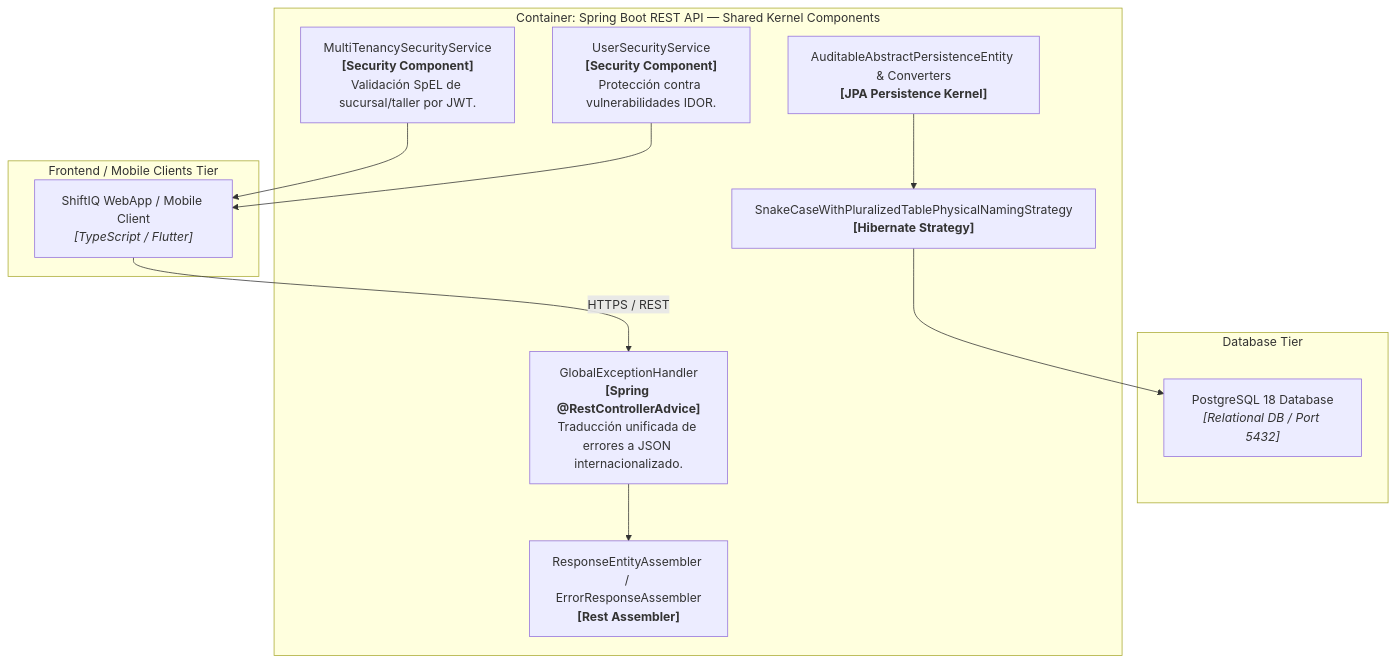
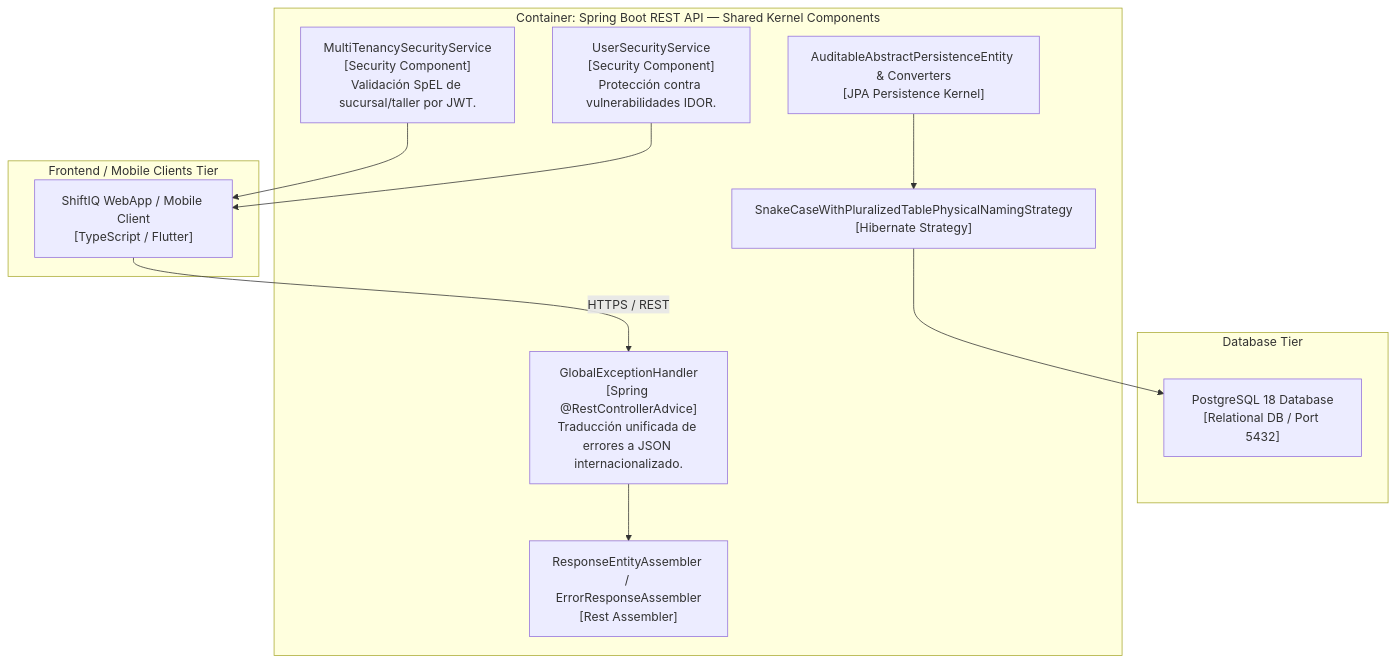
The fifth of 7 diagrams in docs/shared-bounded-context-dictionary.md (tux-logic/upc-pre-202620-1acc0238-13981-TuxLogic-report), drawn with Mermaid before and after one commit. The commit also changed 57 other files, not shown here.

Commit message:
fix(diagrams): fix HTML labels, format bold C4 titles and add gitignore.

````diff
--- a/docs/shared-bounded-context-dictionary.md
+++ b/docs/shared-bounded-context-dictionary.md
@@ -360,26 +360,26 @@
 ```mermaid
 graph TB
     subgraph Client_Tier ["Frontend / Mobile Clients Tier"]
-        ClientApp["ShiftIQ WebApp / Mobile Client<br><i>[TypeScript / Flutter]</i>"]
+        ClientApp["ShiftIQ WebApp / Mobile Client<br>[TypeScript / Flutter]"]
     end
 
     subgraph External_DB ["Database Tier"]
-        PostgreSql["PostgreSQL 18 Database<br><i>[Relational DB / Port 5432]</i>"]
+        PostgreSql["PostgreSQL 18 Database<br>[Relational DB / Port 5432]"]
     end
 
     subgraph Shared_Kernel_Container ["Container: Spring Boot REST API — Shared Kernel Components"]
-        GlobalExHandler["GlobalExceptionHandler<br><b>[Spring @RestControllerAdvice]</b><br>Traducción unificada de errores a JSON internacionalizado."]
-        MultiTenancySec["MultiTenancySecurityService<br><b>[Security Component]</b><br>Validación SpEL de sucursal/taller por JWT."]
-        UserSec["UserSecurityService<br><b>[Security Component]</b><br>Protección contra vulnerabilidades IDOR."]
-        ResAssembler["ResponseEntityAssembler / ErrorResponseAssembler<br><b>[Rest Assembler]</b>"]
-        JpaAuditing["AuditableAbstractPersistenceEntity & Converters<br><b>[JPA Persistence Kernel]</b>"]
-        PhysicalNaming["SnakeCaseWithPluralizedTablePhysicalNamingStrategy<br><b>[Hibernate Strategy]</b>"]
+        GlobalExHandler["GlobalExceptionHandler<br>[Spring @RestControllerAdvice]<br>Traducción unificada de errores a JSON internacionalizado."]
+        MultiTenancySec["MultiTenancySecurityService<br>[Security Component]<br>Validación SpEL de sucursal/taller por JWT."]
+        UserSec["UserSecurityService<br>[Security Component]<br>Protección contra vulnerabilidades IDOR."]
+        ResAssembler["ResponseEntityAssembler / ErrorResponseAssembler<br>[Rest Assembler]"]
+        JpaAuditing["AuditableAbstractPersistenceEntity & Converters<br>[JPA Persistence Kernel]"]
+        PhysicalNaming["SnakeCaseWithPluralizedTablePhysicalNamingStrategy<br>[Hibernate Strategy]"]
     end
 
     ClientApp -->|"HTTPS / REST"| GlobalExHandler
     GlobalExHandler --> ResAssembler
     MultiTenancySec --> ClientApp
     UserSec --> ClientApp
     JpaAuditing --> PhysicalNaming
     PhysicalNaming --> PostgreSql
 ```
````
